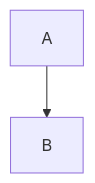
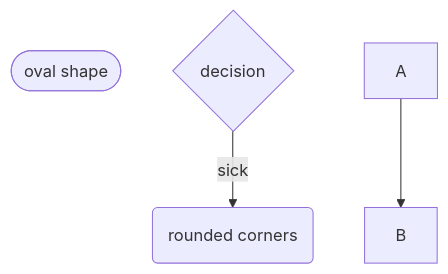
The first of 2 diagrams in logic.md (AjaySayer/Smart-Device-2023-Semester-1), drawn with Mermaid before and after one commit. The commit also changed other lines of this file, not shown here.

````diff
--- a/logic.md
+++ b/logic.md
@@ -7,5 +7,12 @@
 ```mermaid
 flowchart TD
+    thing([oval shape])
+    decision{decision}
+    id1(rounded corners)
+
+    decision-->|sick|id1
+
+
     A-->B
 
 ```
````
